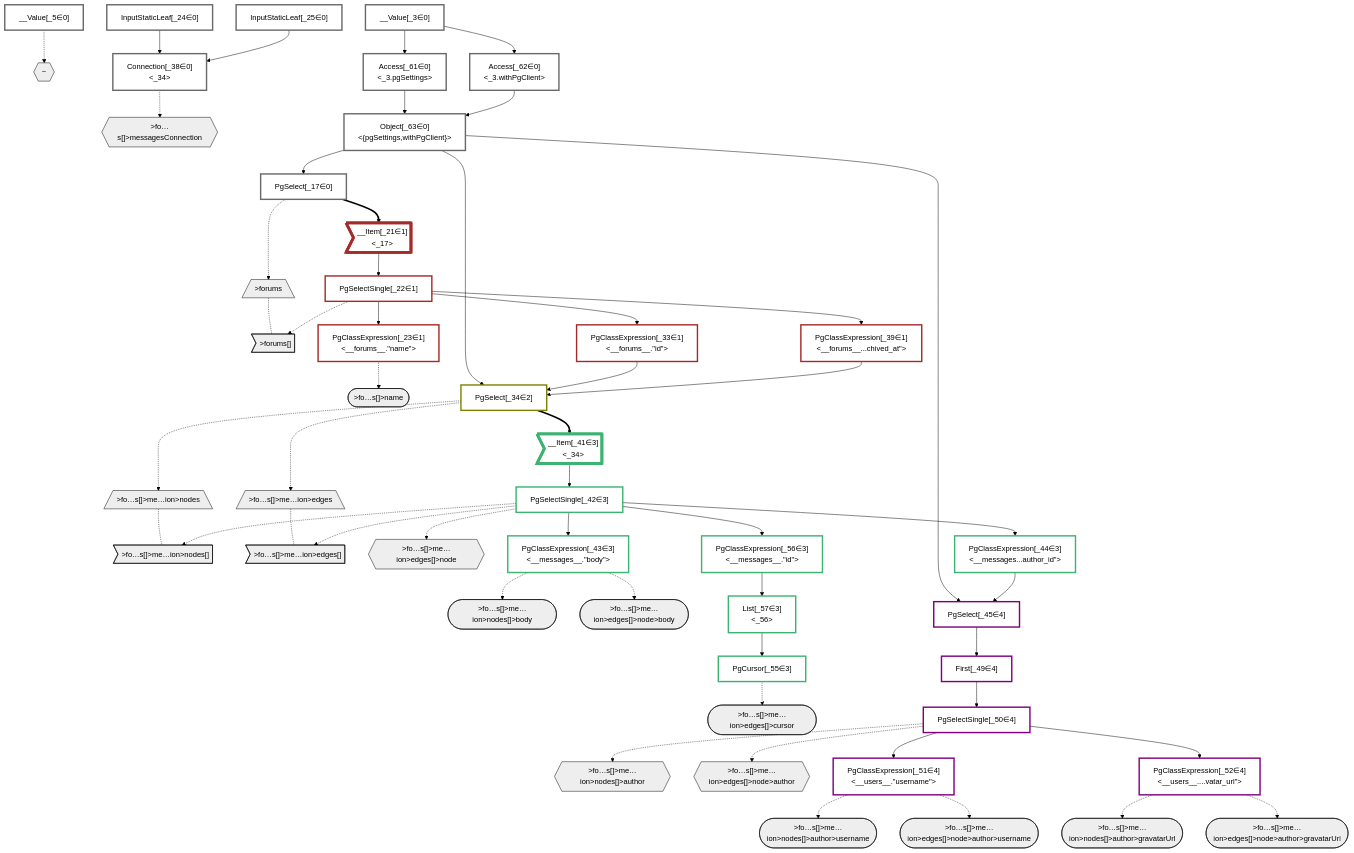
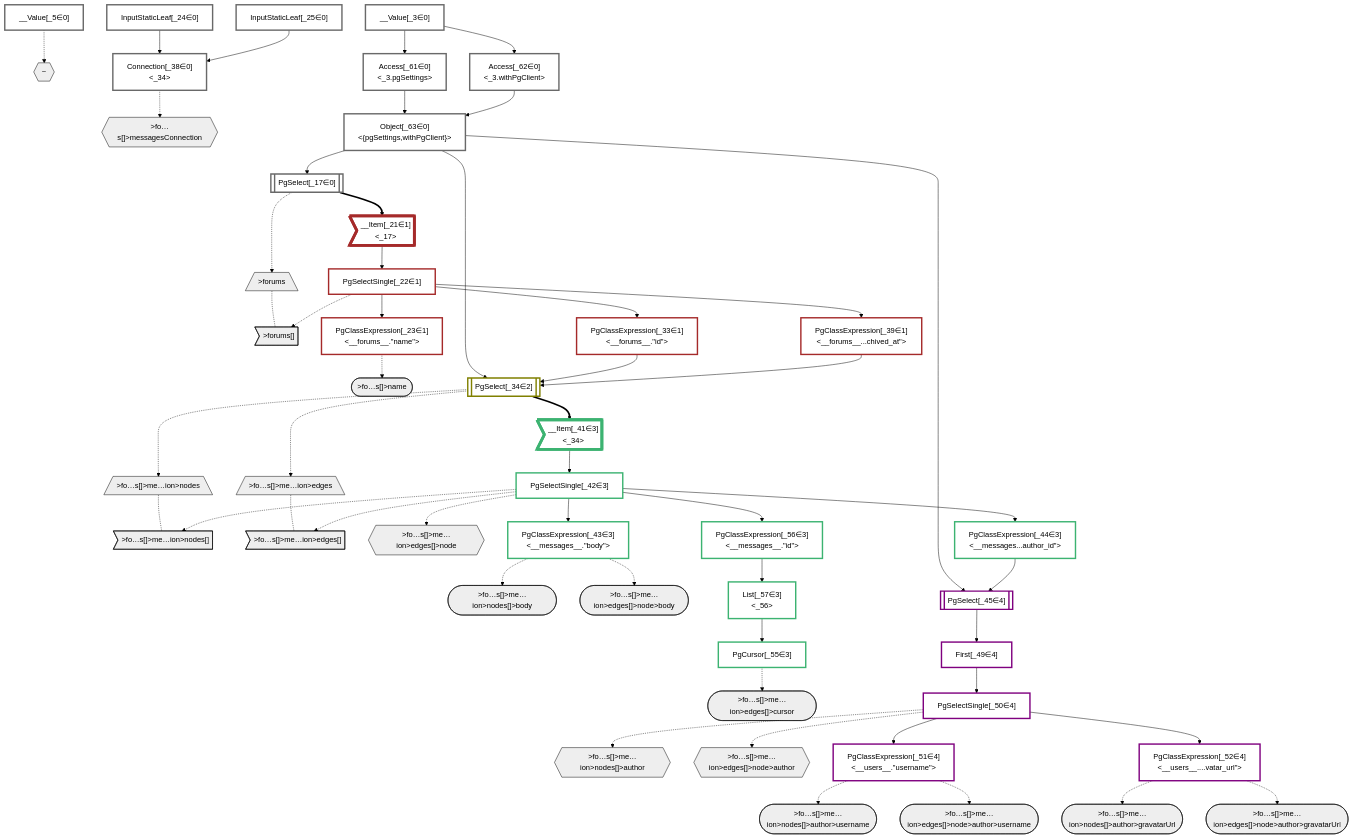
One commit to graphile/crystal changed the diagram in packages/dataplan-pg/__tests__/queries/conditions/archived-forum-inherited-messages.defer-7.deopt.mermaid.md. Above: the diagram before and after it, drawn with Mermaid (forest theme). The commit also changed 195 other files, not shown here.

```diff
--- a/packages/dataplan-pg/__tests__/queries/conditions/archived-forum-inherited-messages.defer-7.deopt.mermaid.md
+++ b/packages/dataplan-pg/__tests__/queries/conditions/archived-forum-inherited-messages.defer-7.deopt.mermaid.md
@@ -48,21 +48,21 @@
     %% define plans
     __Value_3["__Value[_3∈0]<br /><context>"]:::plan
     __Value_5["__Value[_5∈0]<br /><rootValue>"]:::plan
-    PgSelect_17["PgSelect[_17∈0]<br /><forums>"]:::plan
+    PgSelect_17[["PgSelect[_17∈0]<br /><forums>"]]:::plan
     __Item_21>"__Item[_21∈1]<br /><_17>"]:::itemplan
     PgSelectSingle_22["PgSelectSingle[_22∈1]<br /><forums>"]:::plan
     PgClassExpression_23["PgClassExpression[_23∈1]<br /><__forums__.#quot;name#quot;>"]:::plan
     InputStaticLeaf_24["InputStaticLeaf[_24∈0]"]:::plan
     InputStaticLeaf_25["InputStaticLeaf[_25∈0]"]:::plan
     PgClassExpression_33["PgClassExpression[_33∈1]<br /><__forums__.#quot;id#quot;>"]:::plan
-    PgSelect_34["PgSelect[_34∈2]<br /><messages>"]:::plan
+    PgSelect_34[["PgSelect[_34∈2]<br /><messages>"]]:::plan
     Connection_38["Connection[_38∈0]<br /><_34>"]:::plan
     PgClassExpression_39["PgClassExpression[_39∈1]<br /><__forums__...chived_at#quot;>"]:::plan
     __Item_41>"__Item[_41∈3]<br /><_34>"]:::itemplan
     PgSelectSingle_42["PgSelectSingle[_42∈3]<br /><messages>"]:::plan
     PgClassExpression_43["PgClassExpression[_43∈3]<br /><__messages__.#quot;body#quot;>"]:::plan
     PgClassExpression_44["PgClassExpression[_44∈3]<br /><__messages...author_id#quot;>"]:::plan
-    PgSelect_45["PgSelect[_45∈4]<br /><users>"]:::plan
+    PgSelect_45[["PgSelect[_45∈4]<br /><users>"]]:::plan
     First_49["First[_49∈4]"]:::plan
     PgSelectSingle_50["PgSelectSingle[_50∈4]<br /><users>"]:::plan
     PgClassExpression_51["PgClassExpression[_51∈4]<br /><__users__.#quot;username#quot;>"]:::plan
```
